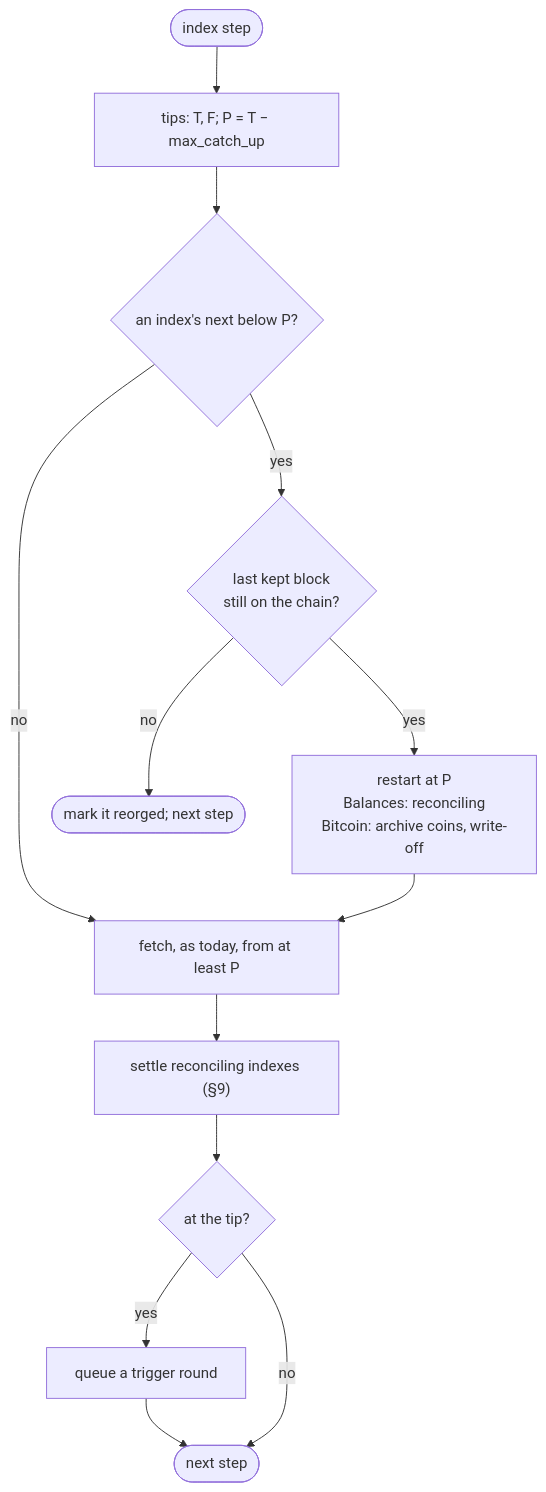
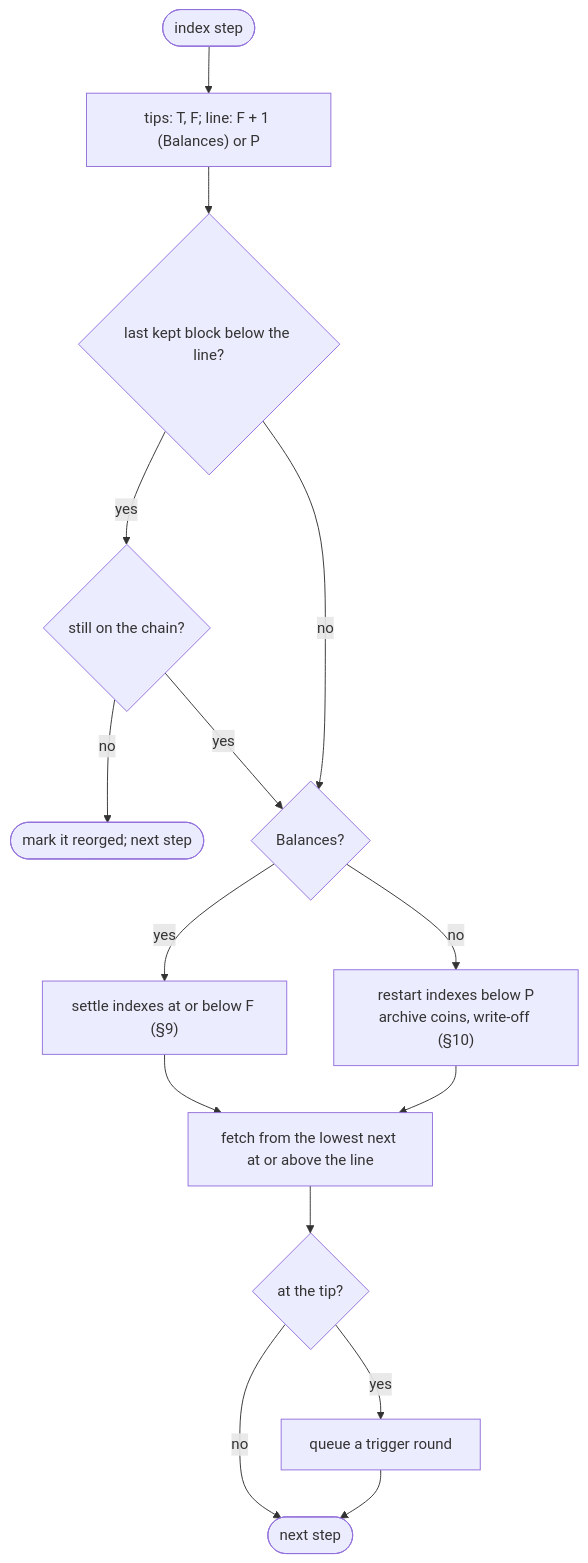
Before and after one commit to hashinbox/hashinbox: the first of 2 diagrams in docs/design/083-history.md, drawn with Mermaid. The commit also changed other lines of this file and 77 other files, not shown here.

First line of the commit message:
feat: history depth, settle and coin archive (083)

````diff
--- a/docs/design/083-history.md
+++ b/docs/design/083-history.md
@@ -194,15 +220,17 @@
 ```mermaid
 flowchart TD
-    start(["index step"]) --> tips["tips: T, F; P = T − max_catch_up"]
-    tips --> behind{"an index's next below P?"}
-    behind -- "no" --> fetch
-    behind -- "yes" --> check{"last kept block<br/>still on the chain?"}
+    start(["index step"]) --> tips["tips: T, F; line: F + 1 (Balances) or P"]
+    tips --> below{"last kept block below the line?"}
+    below -- "yes" --> check{"still on the chain?"}
     check -- "no" --> reorg(["mark it reorged; next step"])
-    check -- "yes" --> restart["restart at P<br/>Balances: reconciling<br/>Bitcoin: archive coins, write-off"]
-    restart --> fetch["fetch, as today, from at least P"]
-    fetch --> settle["settle reconciling indexes (§9)"]
-    settle --> tip{"at the tip?"}
+    check -- "yes" --> kind
+    below -- "no" --> kind{"Balances?"}
+    kind -- "yes" --> settle["settle indexes at or below F (§9)"]
+    kind -- "no" --> jump["restart indexes below P<br/>archive coins, write-off (§10)"]
+    settle --> fetch["fetch from the lowest next at or above the line"]
+    jump --> fetch
+    fetch --> tip{"at the tip?"}
     tip -- "yes" --> trig["queue a trigger round"]
     tip -- "no" --> done(["next step"])
     trig --> done
 ```
````
